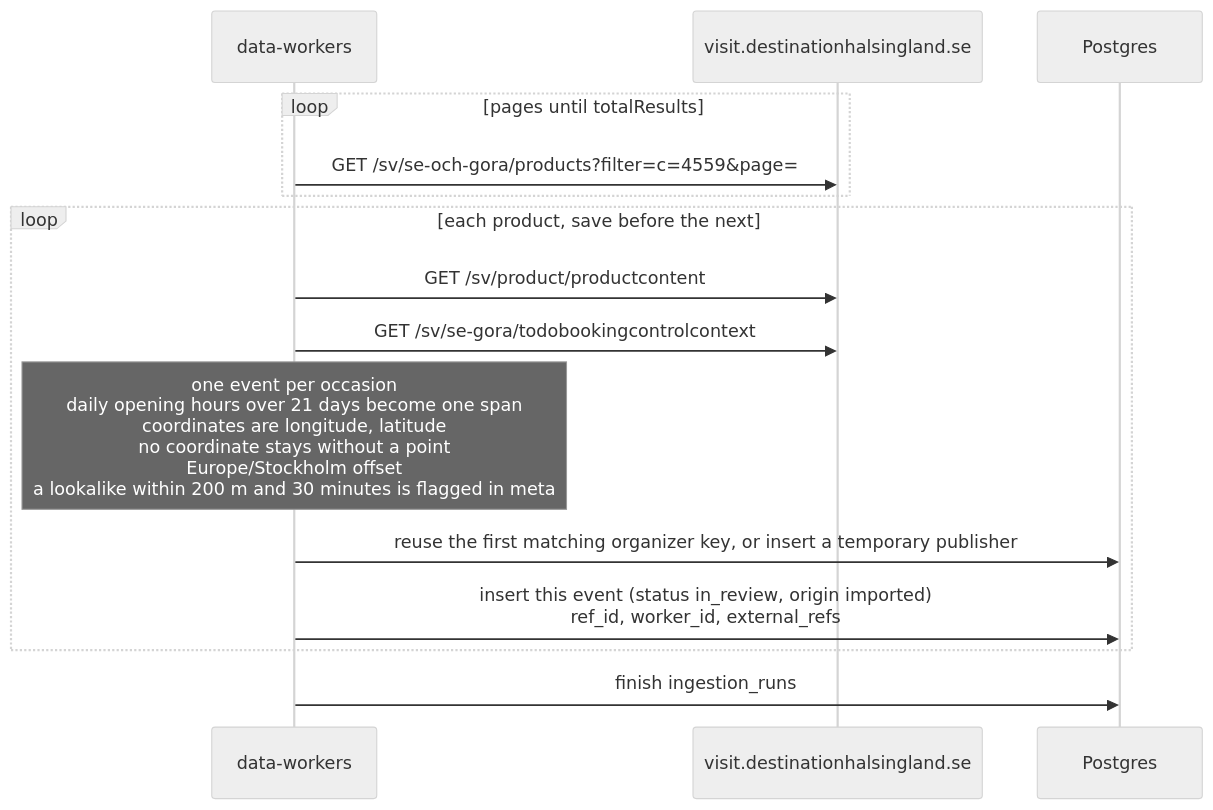
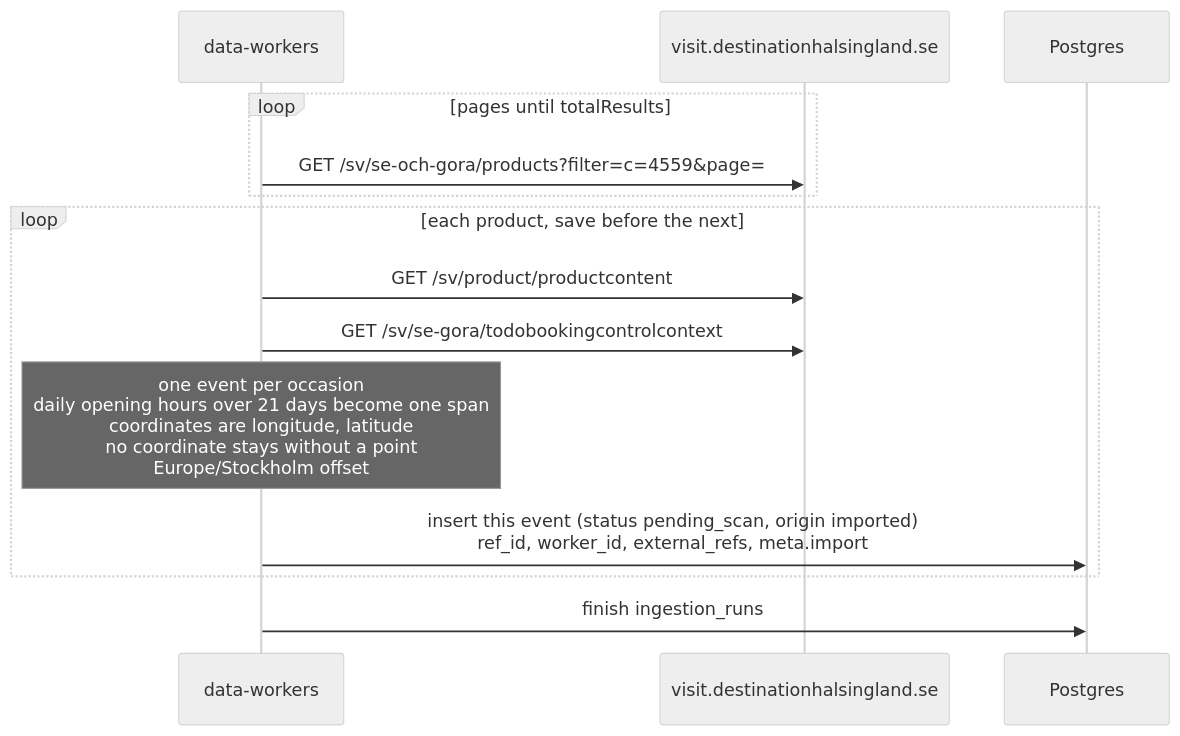
One commit to BradleySmallbottoms/evently changed the diagram in docs/flows/destination-halsingland.md. Above: the diagram before and after it, drawn with Mermaid (neutral theme). The commit also changed other lines of this file and 51 other files, not shown here.

First line of the commit message:
Save new imports as pending_scan and scan them in a scheduled batch.

````diff
--- a/docs/flows/destination-halsingland.md
+++ b/docs/flows/destination-halsingland.md
@@ -35,18 +36,17 @@
 ```mermaid
 sequenceDiagram
   participant Runner as data-workers
   participant Site as visit.destinationhalsingland.se
   participant DB as Postgres
 
   loop pages until totalResults
     Runner->>Site: GET /sv/se-och-gora/products?filter=c=4559&page=
   end
   loop each product, save before the next
     Runner->>Site: GET /sv/product/productcontent
     Runner->>Site: GET /sv/se-gora/todobookingcontrolcontext
-    Note over Runner: one event per occasion<br/>daily opening hours over 21 days become one span<br/>coordinates are longitude, latitude<br/>no coordinate stays without a point<br/>Europe/Stockholm offset<br/>a lookalike within 200 m and 30 minutes is flagged in meta
-    Runner->>DB: reuse the first matching organizer key, or insert a temporary publisher
-    Runner->>DB: insert this event (status in_review, origin imported)<br/>ref_id, worker_id, external_refs
+    Note over Runner: one event per occasion<br/>daily opening hours over 21 days become one span<br/>coordinates are longitude, latitude<br/>no coordinate stays without a point<br/>Europe/Stockholm offset
+    Runner->>DB: insert this event (status pending_scan, origin imported)<br/>ref_id, worker_id, external_refs, meta.import
   end
   Runner->>DB: finish ingestion_runs
 ```
````
